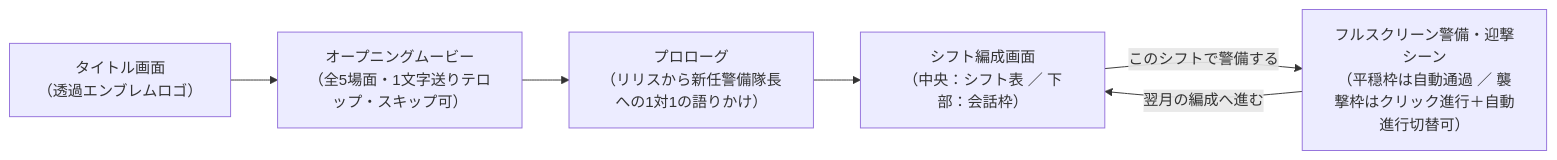
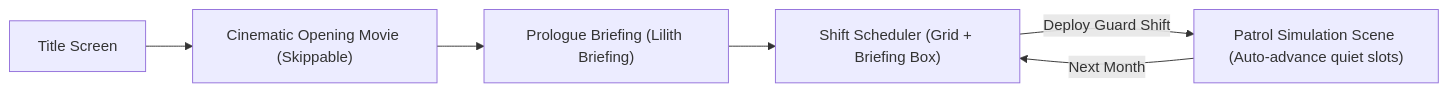
One commit to ohtaman/washi changed the second of 2 diagrams in examples/web-demo/games/demon-castle-shift/GAME_DESIGN.md. Above: the diagram before and after it, drawn with Mermaid. The commit also changed other lines of this file and 103 other files, not shown here.

First line of the commit message:
feat(i18n): migrate codebase and showcases to English-first architecture with pure JSON catalogs

````diff
--- a/examples/web-demo/games/demon-castle-shift/GAME_DESIGN.md
+++ b/examples/web-demo/games/demon-castle-shift/GAME_DESIGN.md
@@ -89,8 +86,8 @@
 ```mermaid
 flowchart LR
-    S0["タイトル画面<br/>（透過エンブレムロゴ）"] --> SOP["オープニングムービー<br/>（全5場面・1文字送りテロップ・スキップ可）"]
-    SOP --> S1["プロローグ<br/>（リリスから新任警備隊長への1対1の語りかけ）"]
-    S1 --> S2["シフト編成画面<br/>（中央：シフト表 ／ 下部：会話枠）"]
-    S2 -->|このシフトで警備する| S3["フルスクリーン警備・迎撃シーン<br/>（平穏枠は自動通過 ／ 襲撃枠はクリック進行＋自動進行切替可）"]
-    S3 -->|翌月の編成へ進む| S2
+    S0["Title Screen"] --> SOP["Cinematic Opening Movie (Skippable)"]
+    SOP --> S1["Prologue Briefing (Lilith Briefing)"]
+    S1 --> S2["Shift Scheduler (Grid + Briefing Box)"]
+    S2 -->|Deploy Guard Shift| S3["Patrol Simulation Scene (Auto-advance quiet slots)"]
+    S3 -->|Next Month| S2
 ```
````
